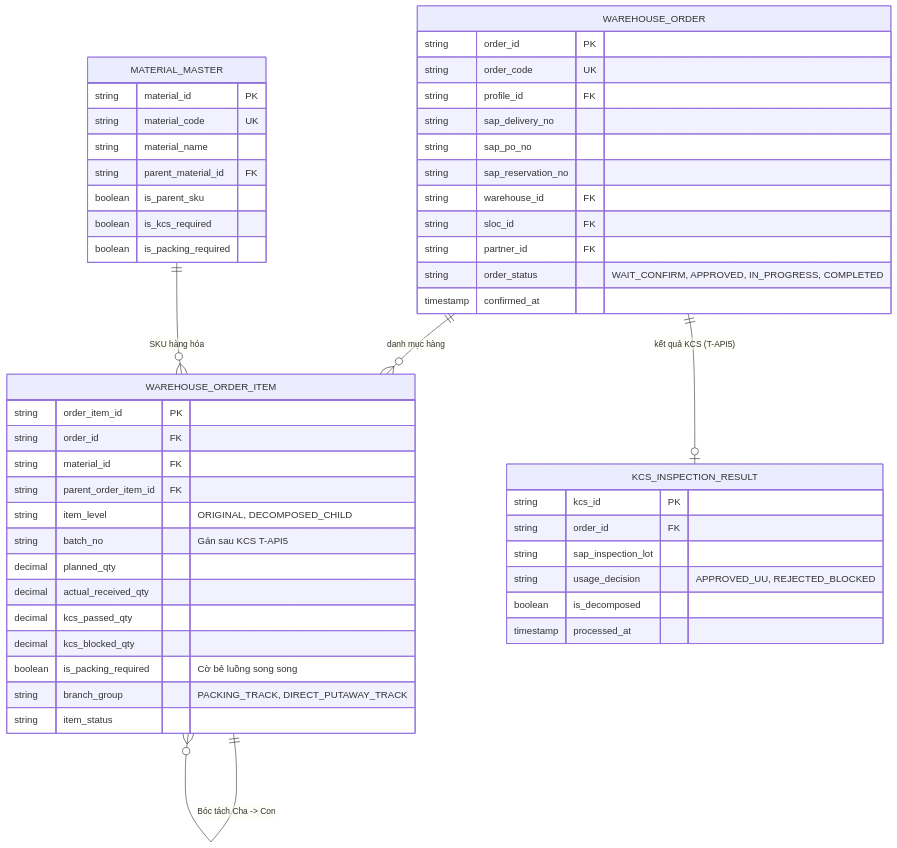
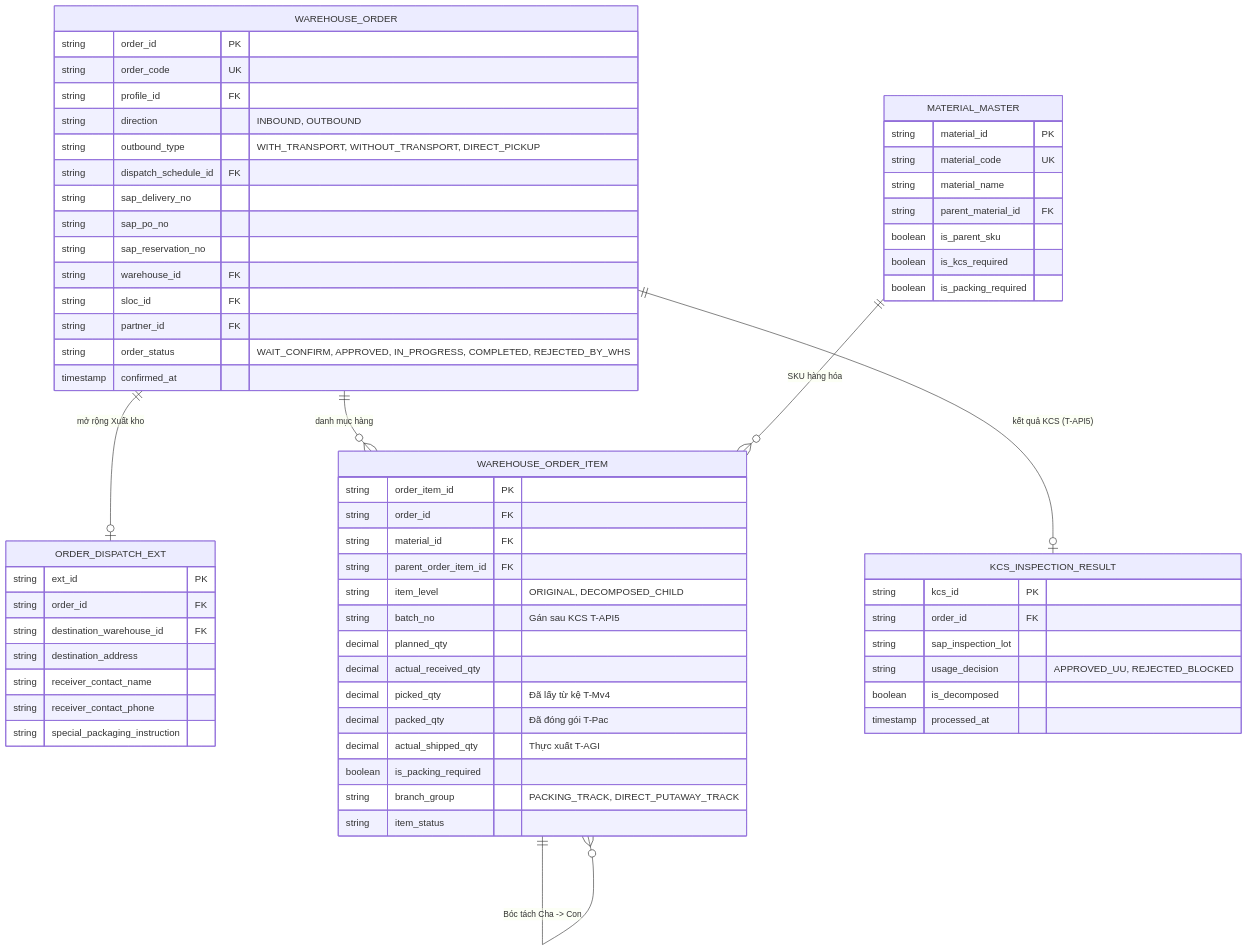
The fourth of 8 diagrams in dev/db/01_Entity_Attribute_Dictionary.md (EdwardTran04/Project_Management), drawn with Mermaid before and after one commit. The commit also changed other lines of this file and 2 other files, not shown here.

````diff
--- a/dev/db/01_Entity_Attribute_Dictionary.md
+++ b/dev/db/01_Entity_Attribute_Dictionary.md
@@ -307,53 +314,67 @@
 ```mermaid
 erDiagram
     WAREHOUSE_ORDER {
         string order_id PK
         string order_code UK
         string profile_id FK
+        string direction "INBOUND, OUTBOUND"
+        string outbound_type "WITH_TRANSPORT, WITHOUT_TRANSPORT, DIRECT_PICKUP"
+        string dispatch_schedule_id FK
         string sap_delivery_no
         string sap_po_no
         string sap_reservation_no
         string warehouse_id FK
         string sloc_id FK
         string partner_id FK
-        string order_status "WAIT_CONFIRM, APPROVED, IN_PROGRESS, COMPLETED"
+        string order_status "WAIT_CONFIRM, APPROVED, IN_PROGRESS, COMPLETED, REJECTED_BY_WHS"
         timestamp confirmed_at
+    }
+    ORDER_DISPATCH_EXT {
+        string ext_id PK
+        string order_id FK
+        string destination_warehouse_id FK
+        string destination_address
+        string receiver_contact_name
+        string receiver_contact_phone
+        string special_packaging_instruction
     }
     MATERIAL_MASTER {
         string material_id PK
         string material_code UK
         string material_name
         string parent_material_id FK
         boolean is_parent_sku
         boolean is_kcs_required
         boolean is_packing_required
     }
     WAREHOUSE_ORDER_ITEM {
         string order_item_id PK
         string order_id FK
         string material_id FK
         string parent_order_item_id FK
         string item_level "ORIGINAL, DECOMPOSED_CHILD"
         string batch_no "Gán sau KCS T-API5"
         decimal planned_qty
         decimal actual_received_qty
-        decimal kcs_passed_qty
-        decimal kcs_blocked_qty
-        boolean is_packing_required "Cờ bẻ luồng song song"
+        decimal picked_qty "Đã lấy từ kệ T-Mv4"
+        decimal packed_qty "Đã đóng gói T-Pac"
+        decimal actual_shipped_qty "Thực xuất T-AGI"
+        boolean is_packing_required
         string branch_group "PACKING_TRACK, DIRECT_PUTAWAY_TRACK"
         string item_status
     }
     KCS_INSPECTION_RESULT {
         string kcs_id PK
         string order_id FK
         string sap_inspection_lot
         string usage_decision "APPROVED_UU, REJECTED_BLOCKED"
         boolean is_decomposed
         timestamp processed_at
     }
 
+    WAREHOUSE_ORDER ||--o| ORDER_DISPATCH_EXT : "mở rộng Xuất kho"
     WAREHOUSE_ORDER ||--o{ WAREHOUSE_ORDER_ITEM : "danh mục hàng"
     MATERIAL_MASTER ||--o{ WAREHOUSE_ORDER_ITEM : "SKU hàng hóa"
     WAREHOUSE_ORDER_ITEM ||--o{ WAREHOUSE_ORDER_ITEM : "Bóc tách Cha -> Con"
     WAREHOUSE_ORDER ||--o| KCS_INSPECTION_RESULT : "kết quả KCS (T-API5)"
 ```
````
